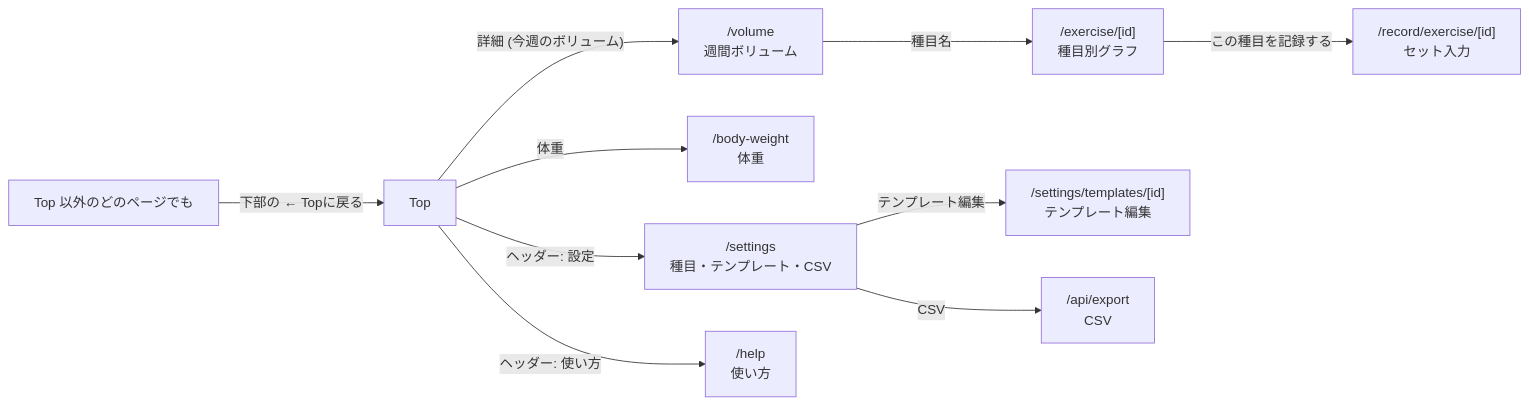
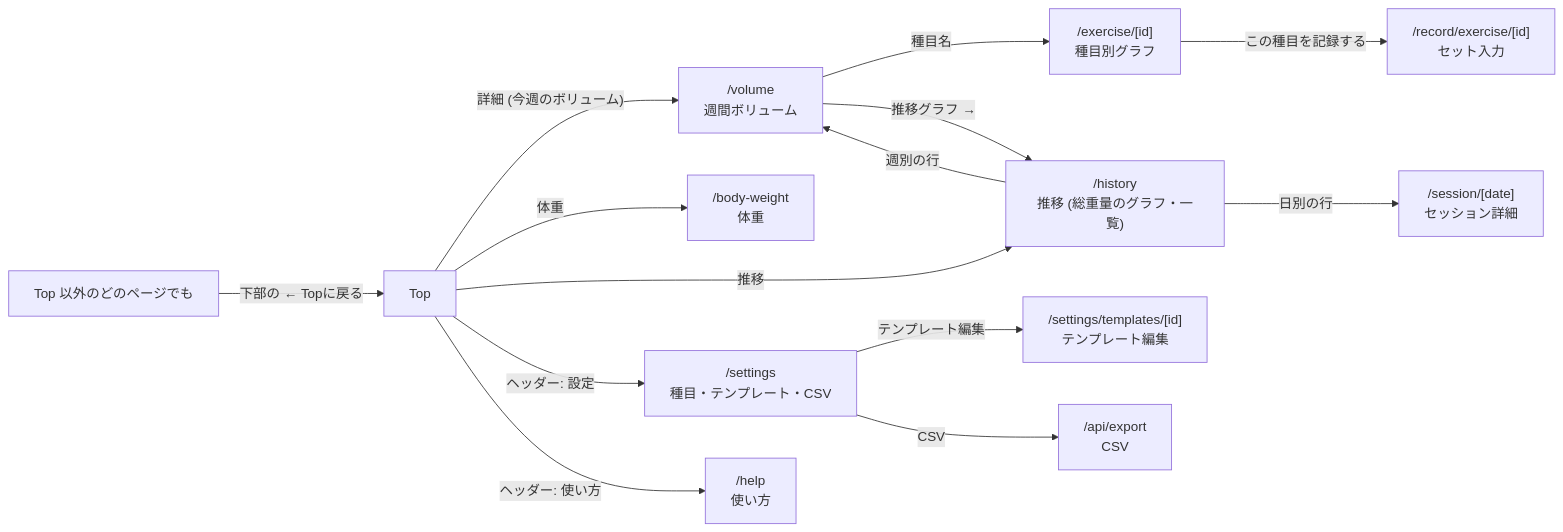
Before and after one commit to mojiki/repz: the tenth of 19 diagrams in README.md, drawn with Mermaid. The commit also changed other lines of this file and 9 other files, not shown here.

First line of the commit message:
Add /history: total-volume trend chart and list (weekly/daily, range, body part)

````diff
--- a/README.md
+++ b/README.md
@@ -774,12 +787,16 @@
 ```mermaid
 flowchart LR
     ANY["Top 以外のどのページでも"] -->|"下部の ← Topに戻る"| TOP["Top"]
     TOP -->|"詳細 (今週のボリューム)"| VOL["/volume<br/>週間ボリューム"]
     VOL -->|種目名| EH["/exercise/[id]<br/>種目別グラフ"]
     EH -->|"この種目を記録する"| EX["/record/exercise/[id]<br/>セット入力"]
     TOP -->|体重| BW["/body-weight<br/>体重"]
+    TOP -->|推移| HIST["/history<br/>推移 (総重量のグラフ・一覧)"]
+    VOL -->|"推移グラフ →"| HIST
+    HIST -->|"日別の行"| SES["/session/[date]<br/>セッション詳細"]
+    HIST -->|"週別の行"| VOL
     TOP -->|"ヘッダー: 設定"| SET["/settings<br/>種目・テンプレート・CSV"]
     SET -->|テンプレート編集| TE["/settings/templates/[id]<br/>テンプレート編集"]
     SET -->|CSV| API["/api/export<br/>CSV"]
     TOP -->|"ヘッダー: 使い方"| HELP["/help<br/>使い方"]
 ```
````
